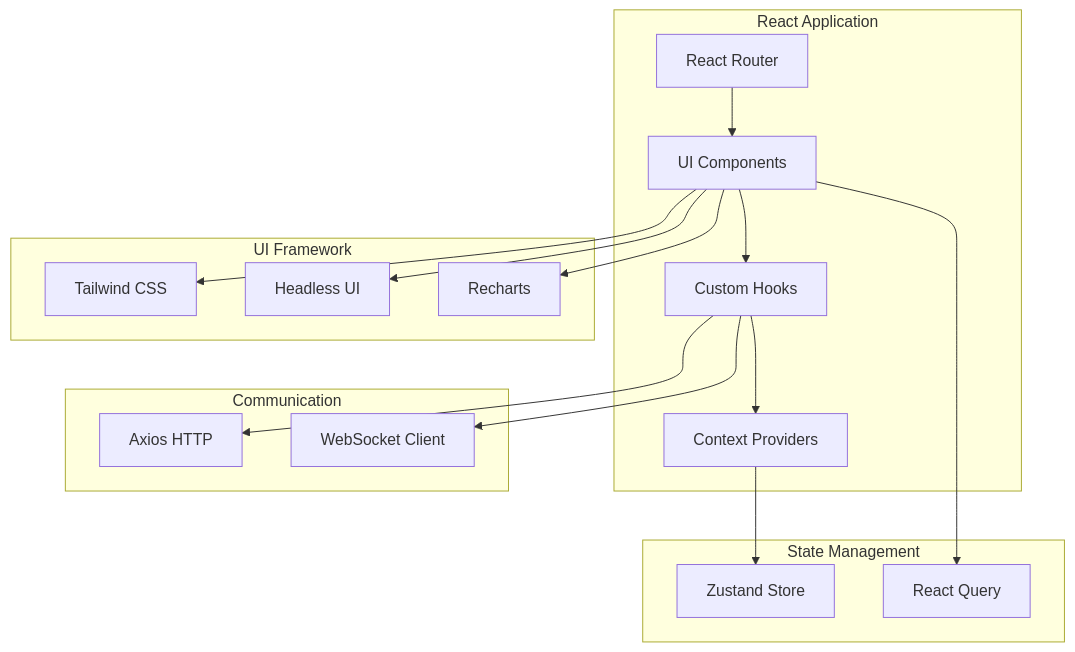
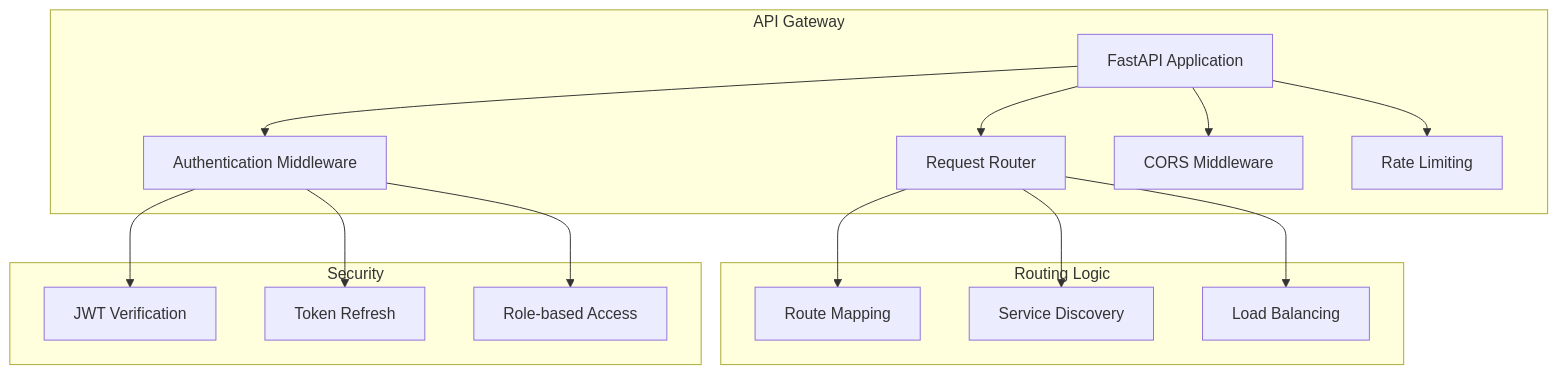
One commit to Code-Savanna/netpulse changed the second of 17 diagrams in ARCHITECTURE.md. Above: the diagram before and after it, drawn with Mermaid. The commit also changed other lines of this file and 4 other files, not shown here.

First line of the commit message:
docs: Update documentation for microservices architecture

````diff
--- a/ARCHITECTURE.md
+++ b/ARCHITECTURE.md
@@ -146,39 +177,35 @@
 ```mermaid
 graph TB
-    subgraph "React Application"
-        ROUTER[React Router]
-        COMPONENTS[UI Components]
-        HOOKS[Custom Hooks]
-        CONTEXT[Context Providers]
+    subgraph "API Gateway"
+        MAIN[FastAPI Application]
+        ROUTER[Request Router]
+        AUTH_MID[Authentication Middleware]
+        CORS[CORS Middleware]
+        RATE_LIMIT[Rate Limiting]
     end
     
-    subgraph "State Management"
-        ZUSTAND[Zustand Store]
-        REACT_QUERY[React Query]
+    subgraph "Routing Logic"
+        ROUTE_MAP[Route Mapping]
+        SERVICE_DISCO[Service Discovery]
+        LOAD_BAL[Load Balancing]
     end
     
-    subgraph "UI Framework"
-        TAILWIND[Tailwind CSS]
-        HEADLESS[Headless UI]
-        CHARTS[Recharts]
+    subgraph "Security"
+        JWT_VERIFY[JWT Verification]
+        TOKEN_REFRESH[Token Refresh]
+        RBAC[Role-based Access]
     end
     
-    subgraph "Communication"
-        AXIOS[Axios HTTP]
-        WEBSOCKET[WebSocket Client]
-    end
+    MAIN --> ROUTER
+    MAIN --> AUTH_MID
+    MAIN --> CORS
+    MAIN --> RATE_LIMIT
     
-    ROUTER --> COMPONENTS
-    COMPONENTS --> HOOKS
-    HOOKS --> CONTEXT
+    ROUTER --> ROUTE_MAP
+    ROUTER --> SERVICE_DISCO
+    ROUTER --> LOAD_BAL
     
-    CONTEXT --> ZUSTAND
-    COMPONENTS --> REACT_QUERY
-    
-    COMPONENTS --> TAILWIND
-    COMPONENTS --> HEADLESS
-    COMPONENTS --> CHARTS
-    
-    HOOKS --> AXIOS
-    HOOKS --> WEBSOCKET
+    AUTH_MID --> JWT_VERIFY
+    AUTH_MID --> TOKEN_REFRESH
+    AUTH_MID --> RBAC
 ```
````
